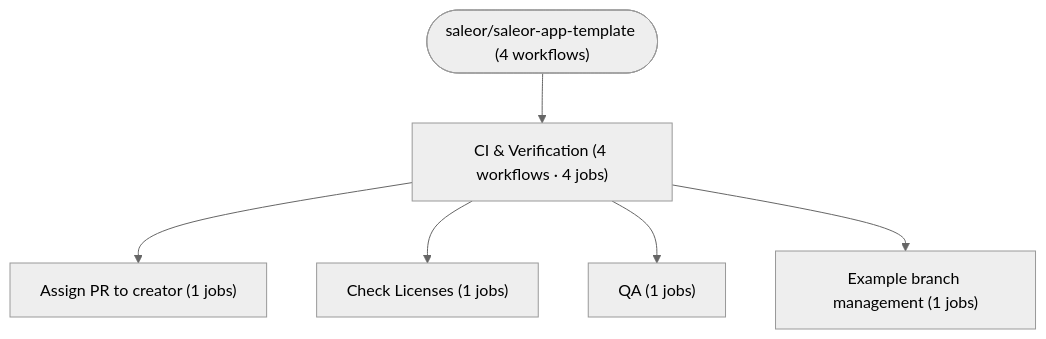
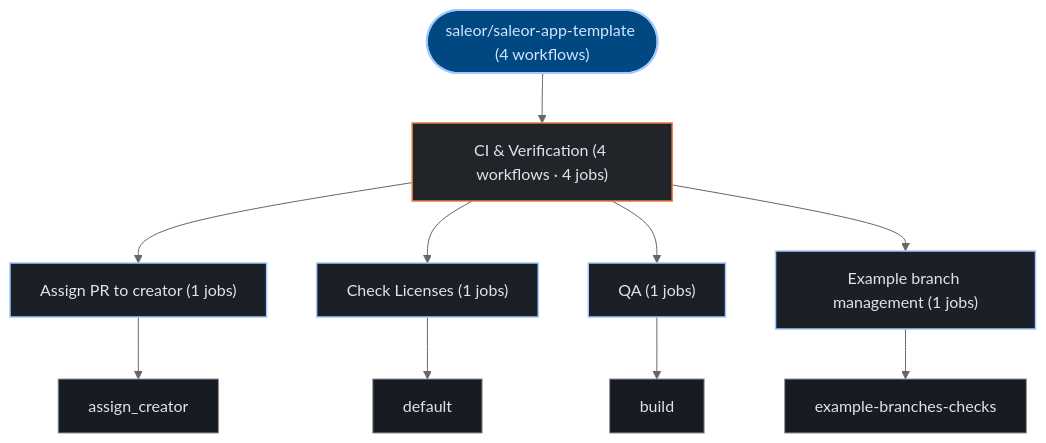
One commit to kumarshaz/atruss-code-atlas changed the third of 3 diagrams in exports/latest/reports/saleor-saleor-app-template-report.md. Above: the diagram before and after it, drawn with Mermaid (neutral theme). The commit also changed other lines of this file and 331 other files, not shown here.

Commit message:
docs,ui,fix: update SDLC docs, reorder CI/CD DAG first, stylize Mermaid, and fix Arc42 pipeline topology

````diff
--- a/exports/latest/reports/saleor-saleor-app-template-report.md
+++ b/exports/latest/reports/saleor-saleor-app-template-report.md
@@ -160,14 +171,29 @@
 ```mermaid
 graph TD;
-  pipeline_root(["saleor/saleor-app-template (4 workflows)"])
-  grp_0_CI___Verification["CI & Verification (4 workflows · 4 jobs)"]
+  classDef atlasRoot fill:#004882,stroke:#a3c9ff,stroke-width:2px,color:#d3e4ff
+  classDef atlasCategory fill:#212428,stroke:#E87A48,stroke-width:1.5px,color:#dfe3eb
+  classDef atlasWorkflow fill:#1b2026,stroke:#a3c9ff,stroke-width:1.5px,color:#dfe3eb
+  classDef atlasJob fill:#171c22,stroke:#8d9199,stroke-width:1px,color:#dfe3eb
+  classDef atlasTarget fill:#005227,stroke:#8bd99b,stroke-width:1.5px,color:#a7f6b6
+  classDef atlasAlert fill:#93000a,stroke:#ffb4ab,stroke-width:1.5px,color:#ffdad6
+  classDef atlasMore fill:#252a31,stroke:#8d9199,stroke-dasharray:4 4,color:#c3c6cf
+  pipeline_root(["saleor/saleor-app-template (4 workflows)"]):::atlasRoot
+  grp_0_CI___Verification["CI & Verification (4 workflows · 4 jobs)"]:::atlasCategory
   pipeline_root --> grp_0_CI___Verification
-  wf_0_Assign_PR_to_creator["Assign PR to creator (1 jobs)"]
+  wf_0_Assign_PR_to_creator["Assign PR to creator (1 jobs)"]:::atlasWorkflow
   grp_0_CI___Verification --> wf_0_Assign_PR_to_creator
-  wf_1_Check_Licenses["Check Licenses (1 jobs)"]
+  job_0_assign_creator["assign_creator"]:::atlasJob
+  wf_0_Assign_PR_to_creator --> job_0_assign_creator
+  wf_1_Check_Licenses["Check Licenses (1 jobs)"]:::atlasWorkflow
   grp_0_CI___Verification --> wf_1_Check_Licenses
-  wf_2_QA["QA (1 jobs)"]
+  job_1_default["default"]:::atlasJob
+  wf_1_Check_Licenses --> job_1_default
+  wf_2_QA["QA (1 jobs)"]:::atlasWorkflow
   grp_0_CI___Verification --> wf_2_QA
-  wf_3_Example_branch_management["Example branch management (1 jobs)"]
+  job_2_build["build"]:::atlasJob
+  wf_2_QA --> job_2_build
+  wf_3_Example_branch_management["Example branch management (1 jobs)"]:::atlasWorkflow
   grp_0_CI___Verification --> wf_3_Example_branch_management
+  job_3_example_branches_checks["example-branches-checks"]:::atlasJob
+  wf_3_Example_branch_management --> job_3_example_branches_checks
 ```
````
